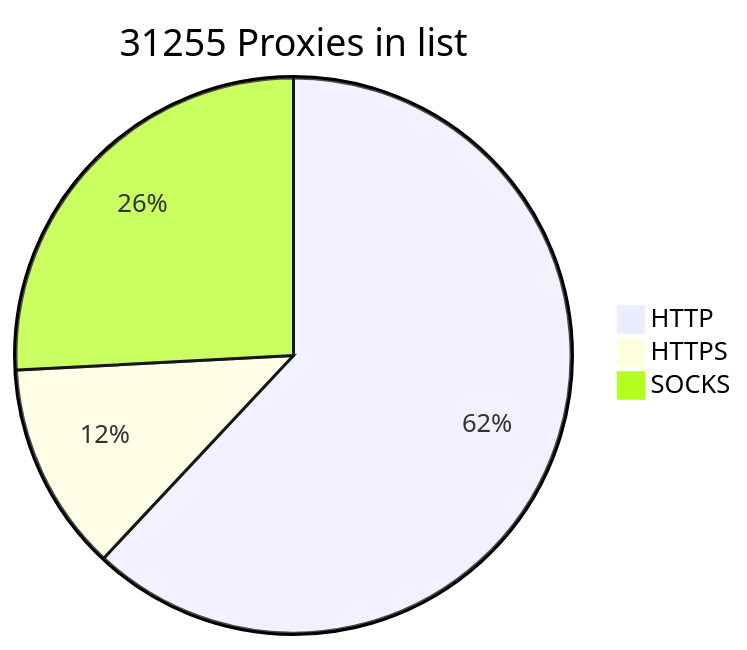
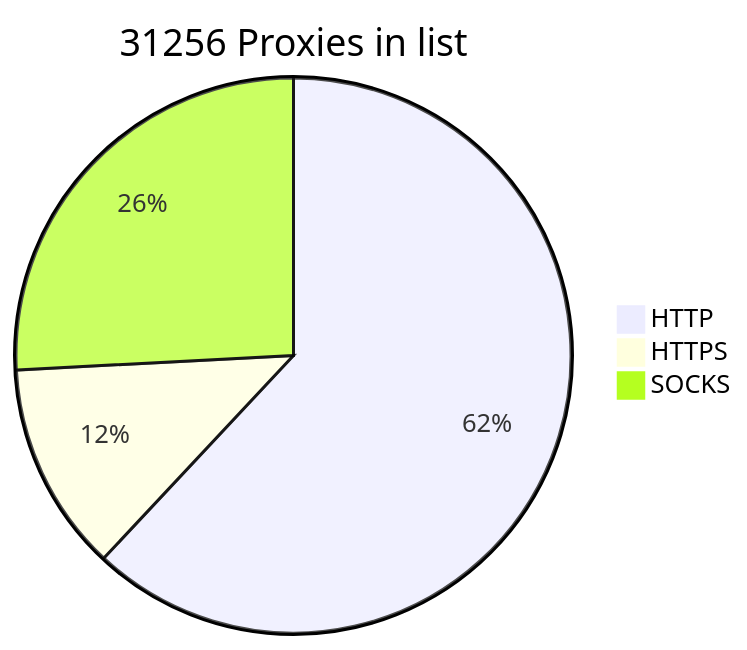
Before and after one commit to BlackSnowDot/proxylist-update-every-minute: the diagram in README.md, drawn with Mermaid.

````diff
--- a/README.md
+++ b/README.md
@@ -2,6 +2,6 @@
 ```mermaid
-pie title 31255 Proxies in list
-    "HTTP" : 21317
+pie title 31256 Proxies in list
+    "HTTP" : 21318
     "HTTPS": 4193
     "SOCKS" : 8887
 ```
````
